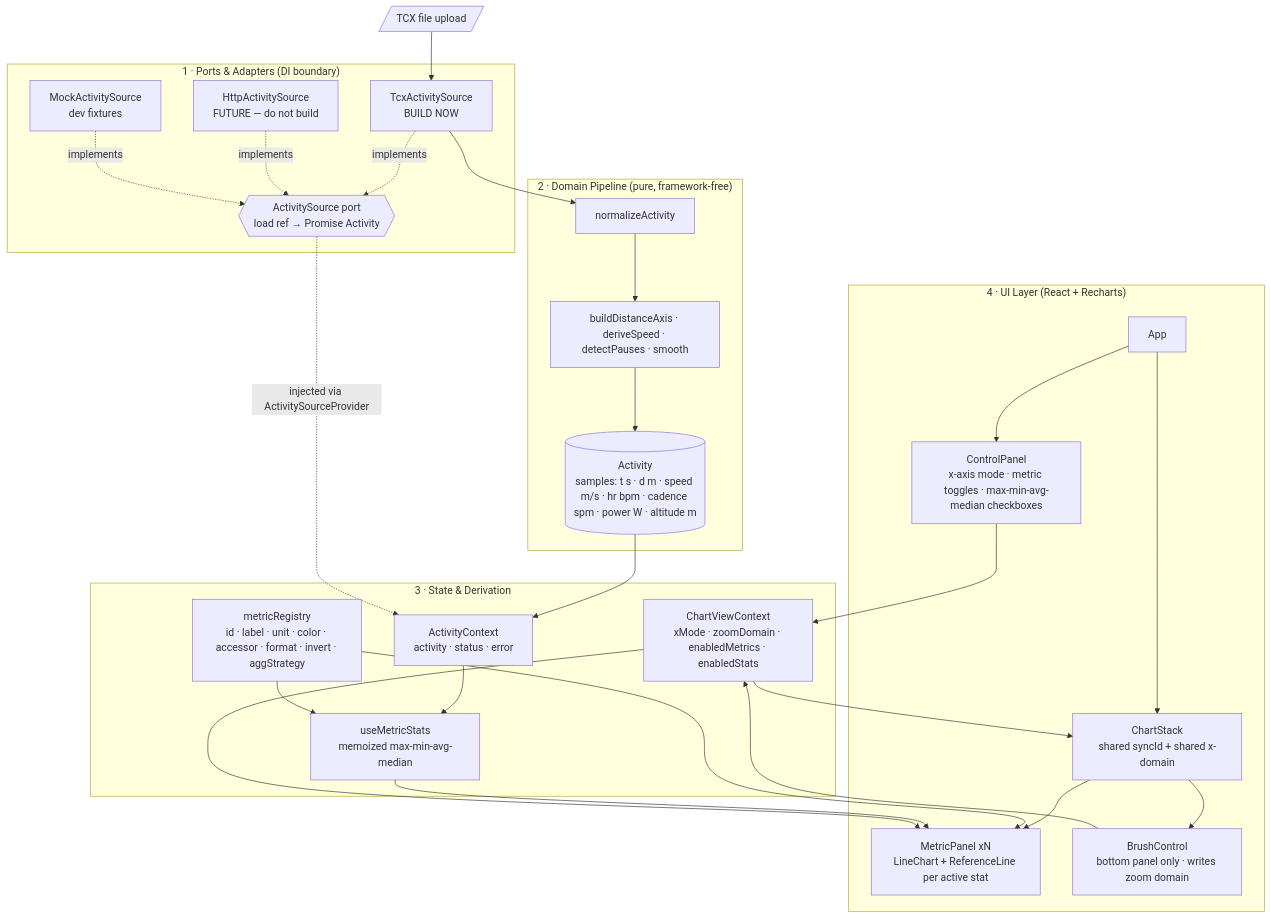
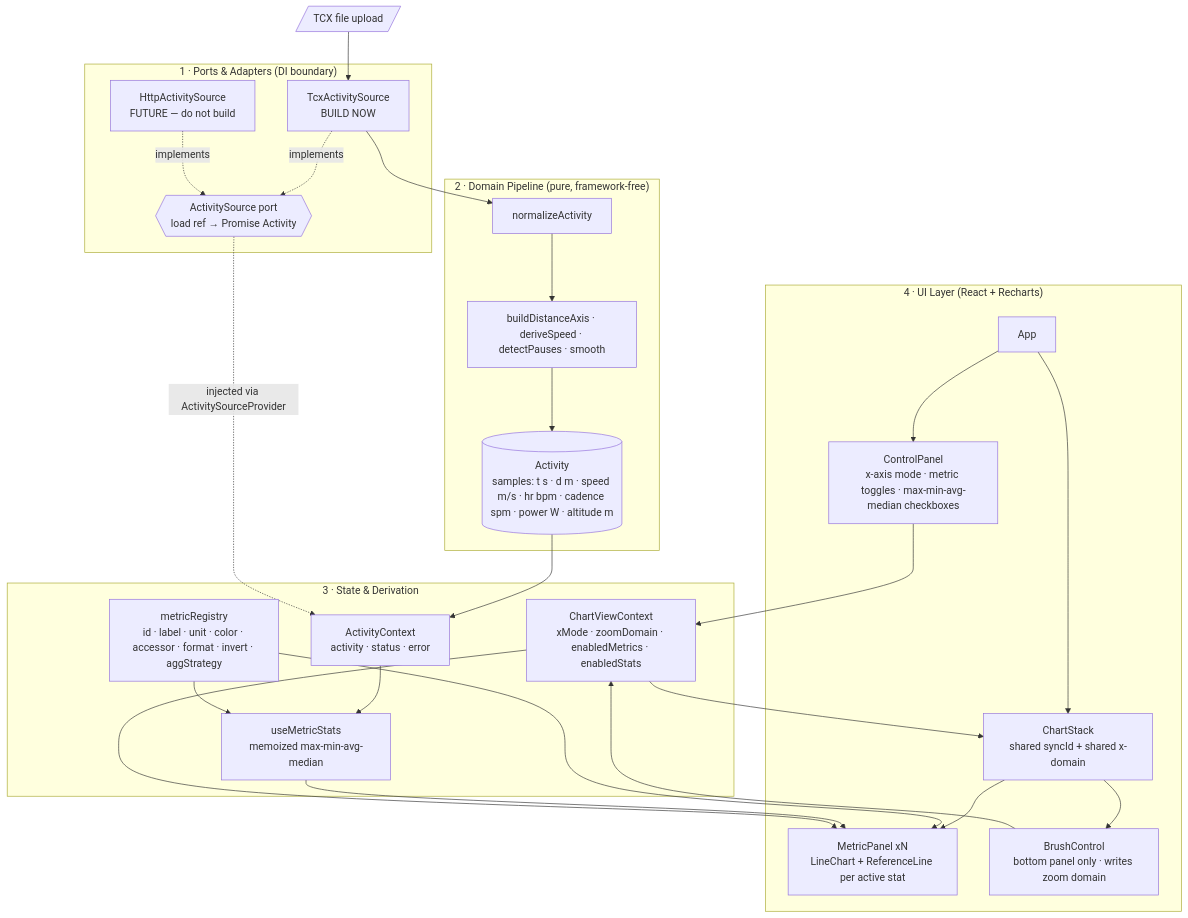
One commit to Mcklmo/timeseries-visualizer changed the diagram in doc/ARCHITECTURE.md. Above: the diagram before and after it, drawn with Mermaid. The commit also changed other lines of this file and 10 other files, not shown here.

````diff
--- a/doc/ARCHITECTURE.md
+++ b/doc/ARCHITECTURE.md
@@ -71,51 +72,49 @@
 ```mermaid
 flowchart TB
   subgraph UI["4 · UI Layer (React + Recharts)"]
     App[App]
     Ctl[ControlPanel<br/>x-axis mode · metric toggles · max-min-avg-median checkboxes]
     Stack[ChartStack<br/>shared syncId + shared x-domain]
     Panel["MetricPanel xN<br/>LineChart + ReferenceLine per active stat"]
     Brush[BrushControl<br/>bottom panel only · writes zoom domain]
     App --> Ctl
     App --> Stack
     Stack --> Panel
     Stack --> Brush
   end
 
   subgraph STATE["3 · State & Derivation"]
     AC[ActivityContext<br/>activity · status · error]
     VC[ChartViewContext<br/>xMode · zoomDomain · enabledMetrics · enabledStats]
     REG[metricRegistry<br/>id · label · unit · color · accessor · format · invert · aggStrategy]
     STATS[useMetricStats<br/>memoized max-min-avg-median]
   end
 
   subgraph DOMAIN["2 · Domain Pipeline (pure, framework-free)"]
     NORM[normalizeActivity]
     DERIVE[buildDistanceAxis · deriveSpeed · detectPauses · smooth]
     MODEL[(Activity<br/>samples: t s · d m · speed m/s · hr bpm · cadence spm · power W · altitude m)]
     NORM --> DERIVE --> MODEL
   end
 
   subgraph DATA["1 · Ports & Adapters (DI boundary)"]
     PORT{{"ActivitySource port<br/>load ref → Promise Activity"}}
     TCX[TcxActivitySource<br/>BUILD NOW]
     API[HttpActivitySource<br/>FUTURE — do not build]
-    MOCK[MockActivitySource<br/>dev fixtures]
     TCX -.implements.-> PORT
     API -.implements.-> PORT
-    MOCK -.implements.-> PORT
   end
 
   FILE[/TCX file upload/] --> TCX
   TCX --> NORM
   MODEL --> AC
   AC --> STATS
   REG --> STATS
   REG --> Panel
   STATS --> Panel
   VC --> Panel
   VC --> Stack
   Ctl --> VC
   Brush --> VC
   PORT -.injected via ActivitySourceProvider.-> AC
 ```
````
